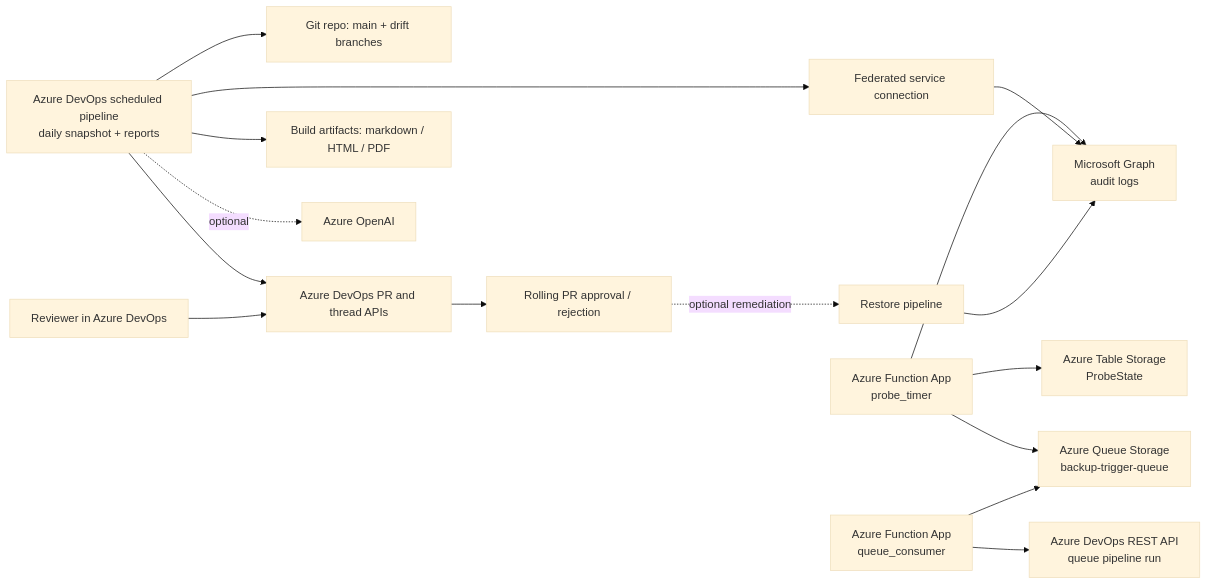
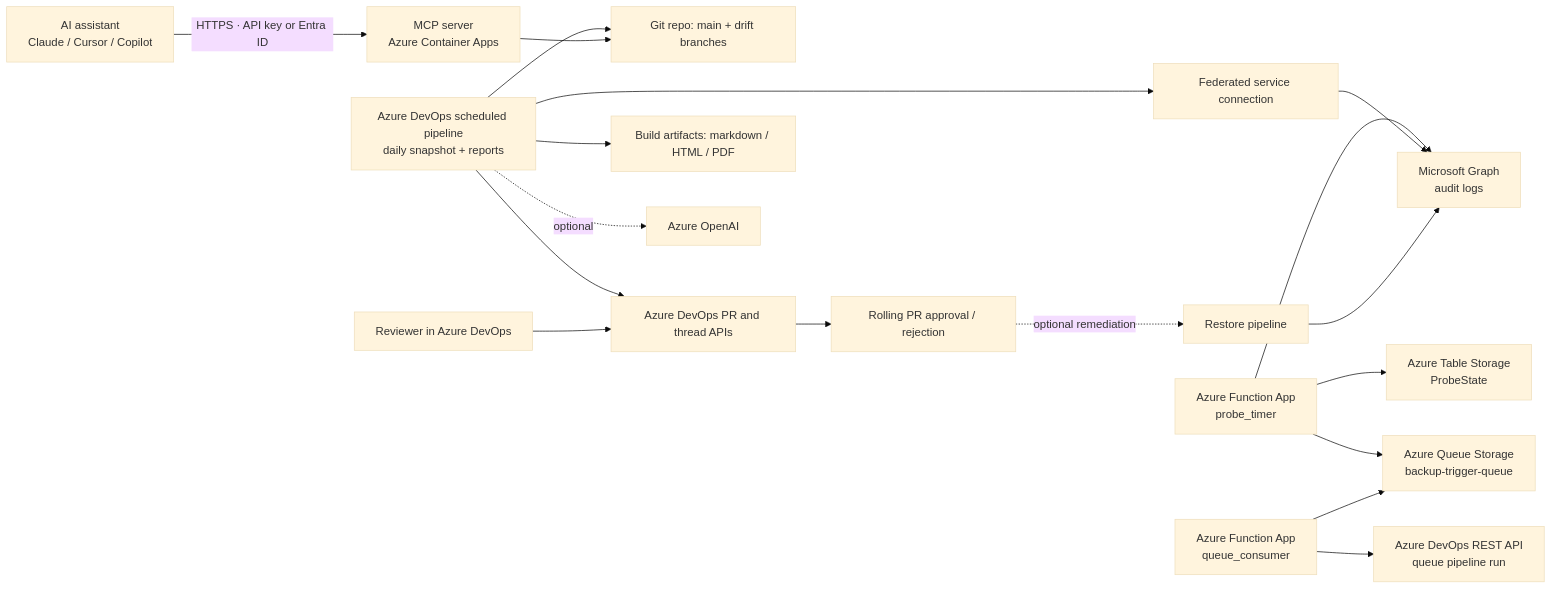
One commit to cqrenet/astral changed the diagram in docs/security-review-package.md. Above: the diagram before and after it, drawn with Mermaid (base theme). The commit also changed other lines of this file and 4 other files, not shown here.

````diff
--- a/docs/security-review-package.md
+++ b/docs/security-review-package.md
@@ -72,18 +75,20 @@
 ```mermaid
 flowchart LR
     A["Azure Function App<br/>probe_timer"] --> B["Microsoft Graph<br/>audit logs"]
     A --> C["Azure Table Storage<br/>ProbeState"]
     A --> D["Azure Queue Storage<br/>backup-trigger-queue"]
     E["Azure Function App<br/>queue_consumer"] --> D
     E --> F["Azure DevOps REST API<br/>queue pipeline run"]
     G["Azure DevOps scheduled pipeline<br/>daily snapshot + reports"] --> H["Federated service connection"]
     H --> B
     G --> I["Git repo: main + drift branches"]
     G --> J["Azure DevOps PR and thread APIs"]
     G --> K["Build artifacts: markdown / HTML / PDF"]
     G -. optional .-> L["Azure OpenAI"]
     M["Reviewer in Azure DevOps"] --> J
     J --> N["Rolling PR approval / rejection"]
     N -. optional remediation .-> O["Restore pipeline"]
     O --> B
+    P["AI assistant<br/>Claude / Cursor / Copilot"] -- "HTTPS · API key or Entra ID" --> Q["MCP server<br/>Azure Container Apps"]
+    Q --> I
 ```
````
